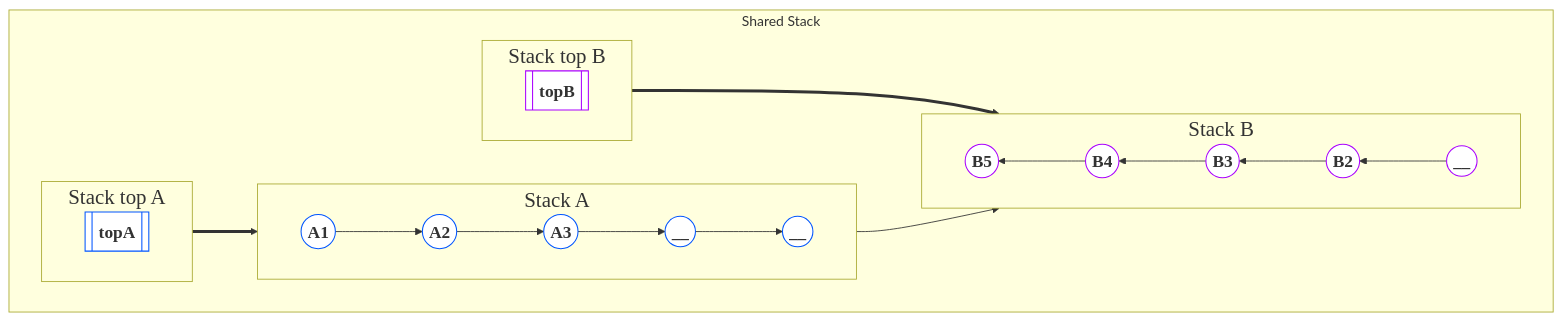
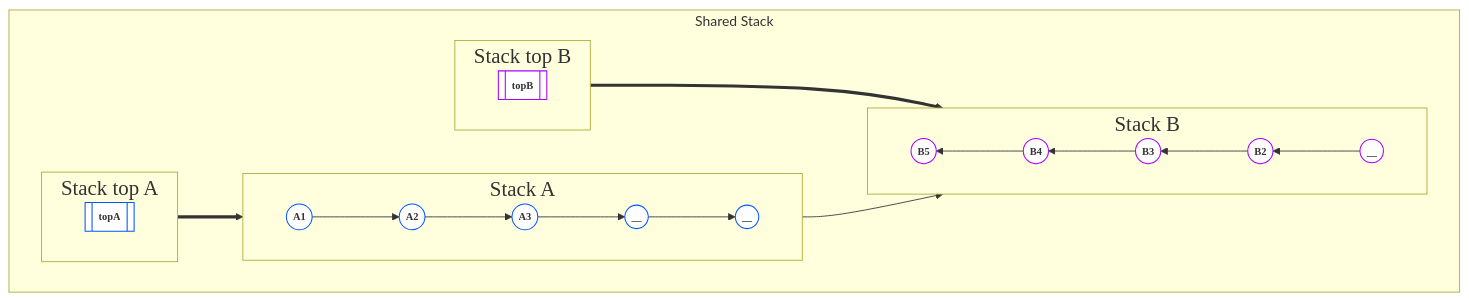
One commit to Laplace825/algorithm-road changed the diagram in Data-Structure/Shared-Stack/README.md. Above: the diagram before and after it, drawn with Mermaid.

````diff
--- a/Data-Structure/Shared-Stack/README.md
+++ b/Data-Structure/Shared-Stack/README.md
@@ -8,42 +8,42 @@
 ```mermaid
 flowchart
-    classDef dotA fill:#fff,stroke:#05f ,stroke-width:1.2px,font-family:Times New Roman ,font-size:20px , font-weight: bold;
-    classDef dotB fill:#fff ,stroke:#a0f ,stroke-width:1.2px , font-family:Times New Roman ,font-size:20px , font-weight: bold;
+    classDef dotA fill:#fff,stroke:#05f ,stroke-width:1.2px,width:100px,height:100px,font-family:Times New Roman ,font-size:12px , font-weight: bold;
+    classDef dotB fill:#fff ,stroke:#a0f ,stroke-width:1.2px , font-family:Times New Roman ,font-size:12px , font-weight: bold;
     classDef Title font-family:Times New Roman ,font-size:24px;
     subgraph Shared-Stack["Shared Stack"]
         direction LR
         topA:::dotA
         topB:::dotB
         A1:::dotA
         A2:::dotA
         A3:::dotA
         A4:::dotA
         A5:::dotA
         B1:::dotB
         B2:::dotB
         B3:::dotB
         B4:::dotB
         B5:::dotB
         Stack-A:::Title
         Stack-B:::Title
         Stack-top-A:::Title
         Stack-top-B:::Title
         A5-->B1
         subgraph Stack-A["Stack A"]
             direction LR
             A1((A1))-->A2((A2))-->A3((A3))-->A4((__))-->A5((__))
         end
         subgraph Stack-B["Stack B"]
             direction RL
             B1((__))-->B2((B2))-->B3((B3))-->B4((B4))-->B5((B5))
         end
         subgraph Stack-top-A["Stack top A"]
             direction LR
             topA[[topA]]==>A3
         end
         subgraph Stack-top-B["Stack top B"]
             direction RL
             topB[[topB]]==>B2
         end
     end
 ```
````
